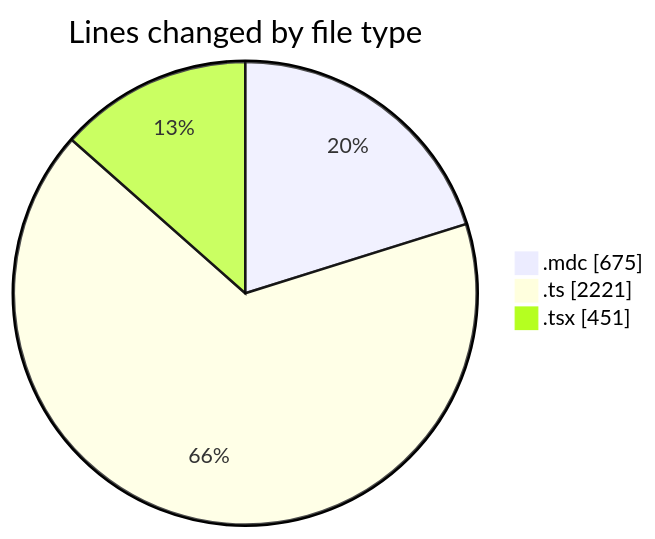
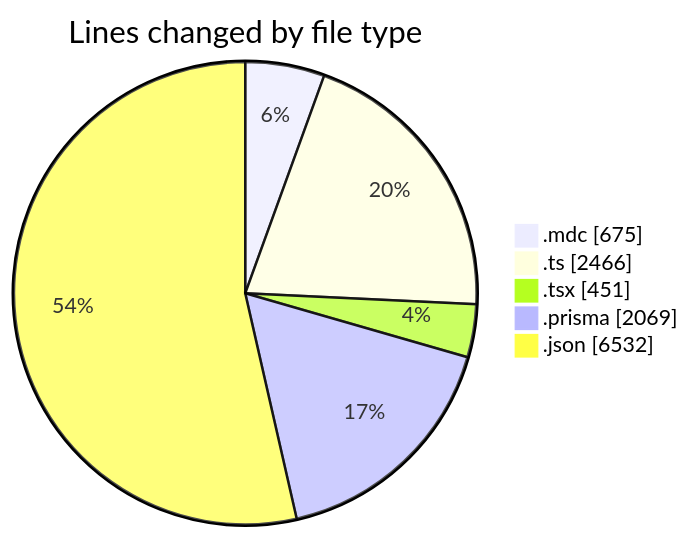
One commit to CELIANVF/code-tracking changed the first of 2 diagrams in 2025-06-05/ecodeli-1/README.md. Above: the diagram before and after it, drawn with Mermaid. The commit also changed other lines of this file and 1 other file, not shown here.

````diff
--- a/2025-06-05/ecodeli-1/README.md
+++ b/2025-06-05/ecodeli-1/README.md
@@ -30,7 +34,9 @@
 ```mermaid
 pie showData
 title Lines changed by file type
 ".mdc" : 675
-".ts" : 2221
+".ts" : 2466
 ".tsx" : 451
+".prisma" : 2069
+".json" : 6532
 ```
````
